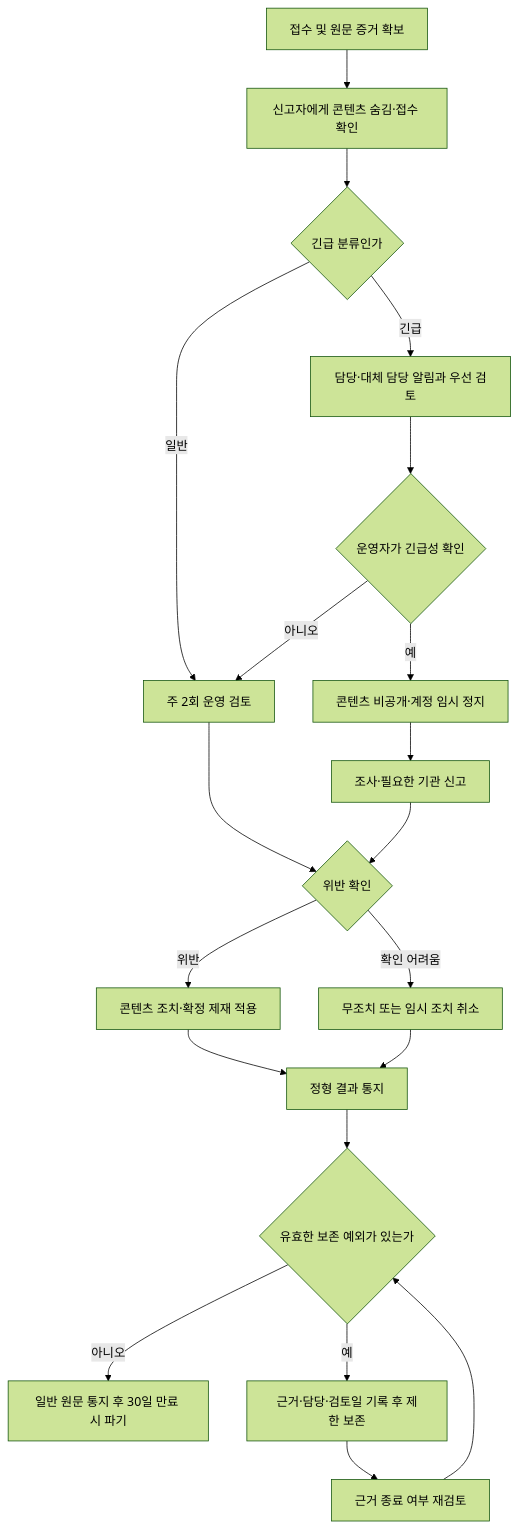
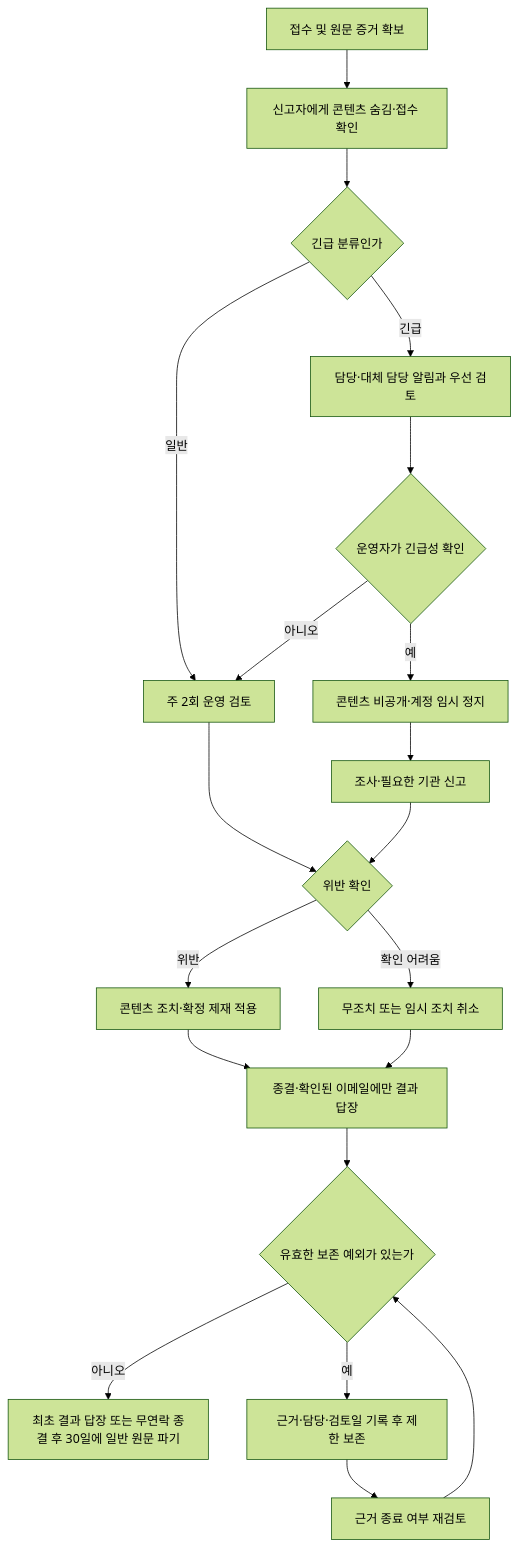
One commit to OneOrThree/phone changed the diagram in docs/prd/fishcat/character-report/policy.md. Above: the diagram before and after it, drawn with Mermaid (forest theme). The commit also changed other lines of this file and 6 other files, not shown here.

````diff
--- a/docs/prd/fishcat/character-report/policy.md
+++ b/docs/prd/fishcat/character-report/policy.md
@@ -199,22 +232,22 @@
 ```mermaid
 flowchart TD
     A[접수 및 원문 증거 확보] --> B[신고자에게 콘텐츠 숨김·접수 확인]
     B --> C{긴급 분류인가}
     C -->|일반| D[주 2회 운영 검토]
     C -->|긴급| E[담당·대체 담당 알림과 우선 검토]
     E --> F{운영자가 긴급성 확인}
     F -->|예| G[콘텐츠 비공개·계정 임시 정지]
     F -->|아니오| D
     G --> H[조사·필요한 기관 신고]
     D --> I{위반 확인}
     H --> I
     I -->|위반| J[콘텐츠 조치·확정 제재 적용]
     I -->|확인 어려움| K[무조치 또는 임시 조치 취소]
-    J --> L[정형 결과 통지]
+    J --> L[종결·확인된 이메일에만 결과 답장]
     K --> L
     L --> O{유효한 보존 예외가 있는가}
-    O -->|아니오| M[일반 원문 통지 후 30일 만료 시 파기]
+    O -->|아니오| M[최초 결과 답장 또는 무연락 종결 후 30일에 일반 원문 파기]
     O -->|예| N[근거·담당·검토일 기록 후 제한 보존]
     N --> P[근거 종료 여부 재검토]
     P --> O
 ```
````
